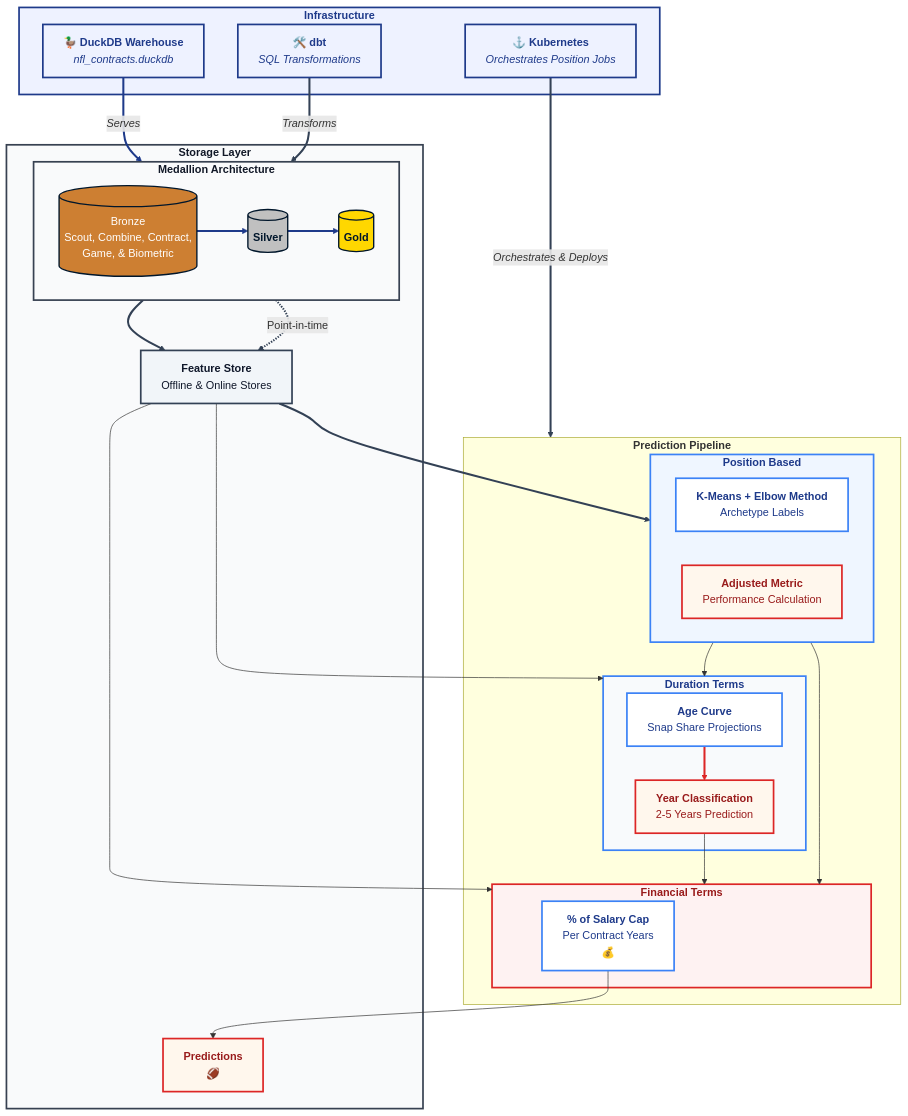
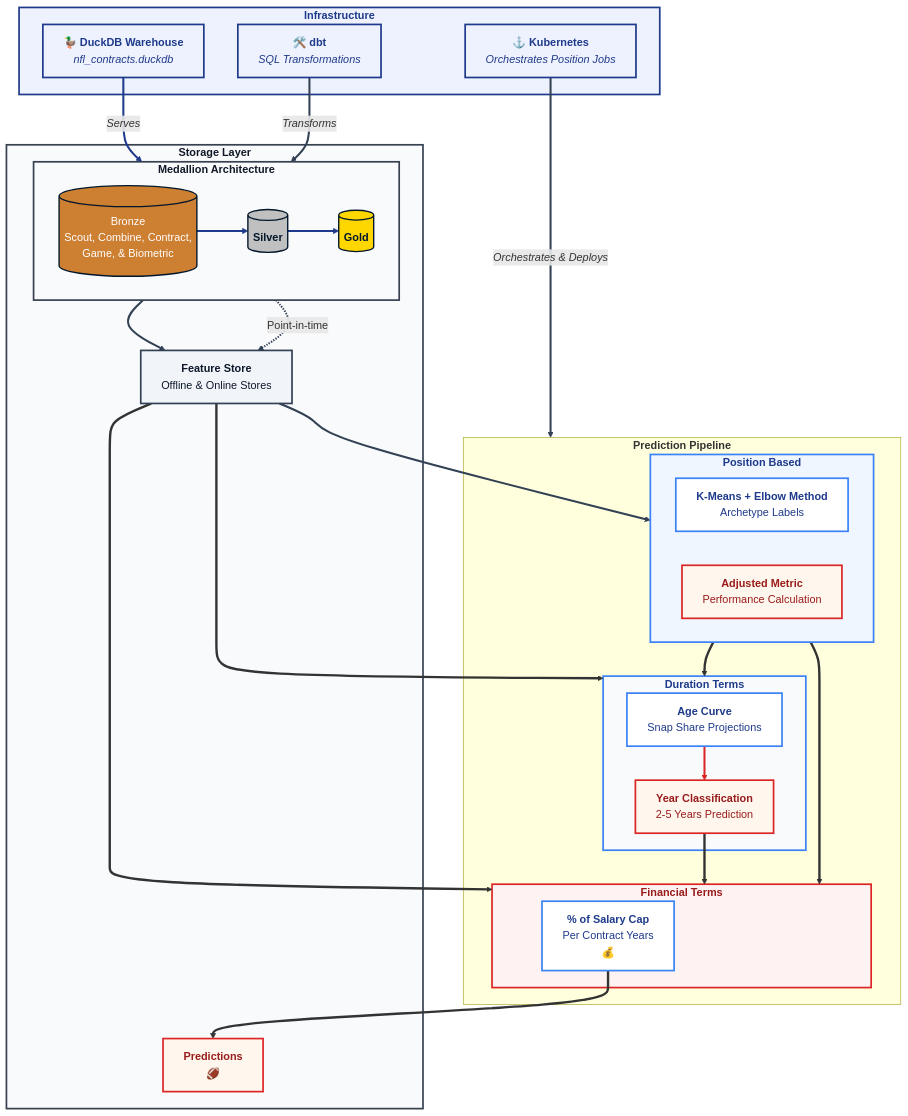
The diagram in README.md (dec1costello/NFL-Market-Value-Analysis), drawn with Mermaid before and after one commit.

```diff
--- a/README.md
+++ b/README.md
@@ -83,29 +83,29 @@
             scout[("Bronze<br/>Scout, Combine, Contract,<br/> Game, & Biometric")]
             sil[("<b>Silver</b>")]
             gold[("<b>Gold</b>")]
-            scout --> sil --> gold
+            scout ==> sil ==> gold
         end
         FS["<b>Feature Store</b><br/>Offline & Online Stores"]
         RESULTS["<b>Predictions</b><br/>🏈 "]
     end
 
     %% === CONNECTIONS ===
-     DUCKDB -->|"<i>Serves</i>"| MEDALLION
-    DBT -->|"<i>Transforms</i>"| MEDALLION
-    K8S -->|"<i>Orchestrates & Deploys</i>"| DATA_FLOW
+     DUCKDB ==>|"<i>Serves</i>"| MEDALLION
+    DBT ==>|"<i>Transforms</i>"| MEDALLION
+    K8S ==>|"<i>Orchestrates & Deploys</i>"| DATA_FLOW
     
-    gold --> FS
+    gold ==> FS
     sil -.->|Point-in-time| FS
     
-    FS --> STAGE_1
-    FS --> STAGE_2
-    FS --> STAGE_3
+    FS ==> STAGE_1
+    FS ==> STAGE_2
+    FS ==> STAGE_3
 
-    STAGE_1 --> STAGE_2
-    YEAR_MODELS --> YEAR_PREDS
-    YEAR_PREDS --> STAGE_3
-    STAGE_1 --> STAGE_3
-    FINANCIAL_MODELS --> RESULTS
+    STAGE_1 ==> STAGE_2
+    YEAR_MODELS ==> YEAR_PREDS
+    YEAR_PREDS ==> STAGE_3
+    STAGE_1 ==> STAGE_3
+    FINANCIAL_MODELS ==> RESULTS
 
     %% === APPLY STYLES ===
     class INFRA,DUCKDB,K8S,DBT infrastructure
```
